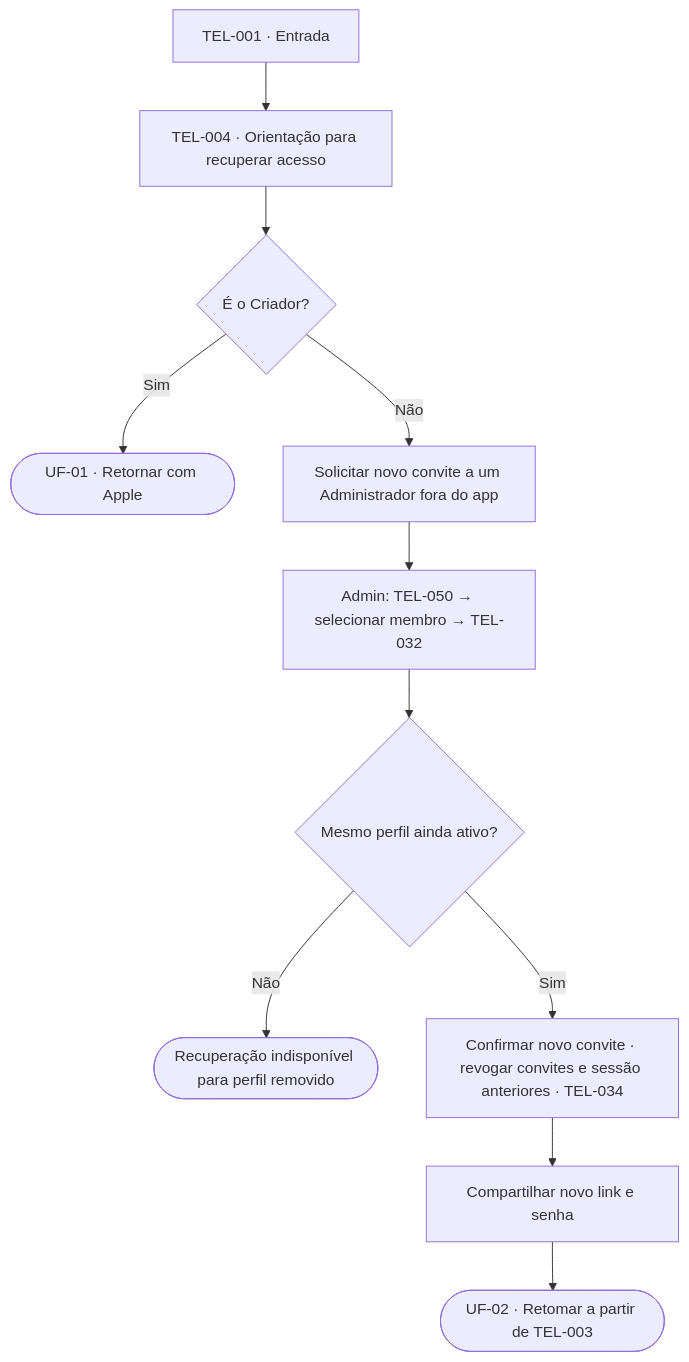
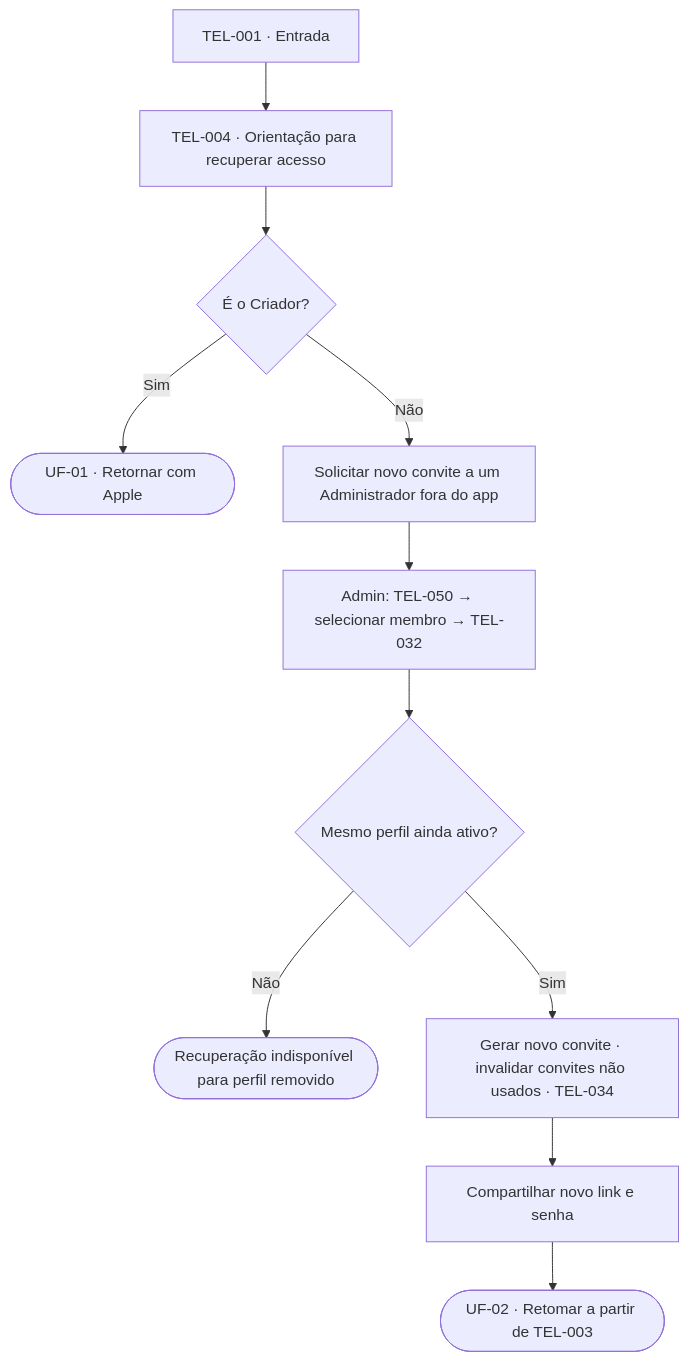
The third of 16 diagrams in docs/design/user-flows.md (lizandramalta/App-Rotina-Familiar), drawn with Mermaid before and after one commit. The commit also changed other lines of this file and 38 other files, not shown here.

````diff
--- a/docs/design/user-flows.md
+++ b/docs/design/user-flows.md
@@ -154,13 +149,13 @@
 ```mermaid
 flowchart TD
     A["TEL-001 · Entrada"] --> B["TEL-004 · Orientação para recuperar acesso"]
     B --> C{"É o Criador?"}
     C -->|Sim| D(["UF-01 · Retornar com Apple"])
     C -->|Não| E["Solicitar novo convite a um Administrador fora do app"]
     E --> F["Admin: TEL-050 → selecionar membro → TEL-032"]
     F --> G{"Mesmo perfil ainda ativo?"}
     G -->|Não| H(["Recuperação indisponível para perfil removido"])
-    G -->|Sim| I["Confirmar novo convite · revogar convites e sessão anteriores · TEL-034"]
+    G -->|Sim| I["Gerar novo convite · invalidar convites não usados · TEL-034"]
     I --> J["Compartilhar novo link e senha"]
     J --> K(["UF-02 · Retomar a partir de TEL-003"])
 ```
````
